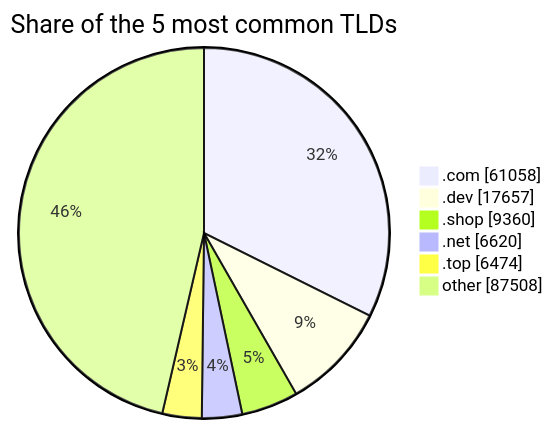
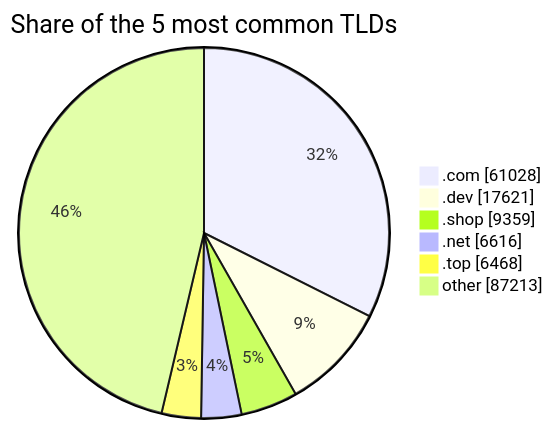
Before and after one commit to DNSBunker/CTI: the third of 3 diagrams in README.md, drawn with Mermaid. The commit also changed other lines of this file and 3 other files, not shown here.

````diff
--- a/README.md
+++ b/README.md
@@ -81,9 +81,9 @@
 ```mermaid
 pie showData title Share of the 5 most common TLDs
-    ".com" : 61058
-    ".dev" : 17657
-    ".shop" : 9360
-    ".net" : 6620
-    ".top" : 6474
-    "other" : 87508
+    ".com" : 61028
+    ".dev" : 17621
+    ".shop" : 9359
+    ".net" : 6616
+    ".top" : 6468
+    "other" : 87213
 ```
````
